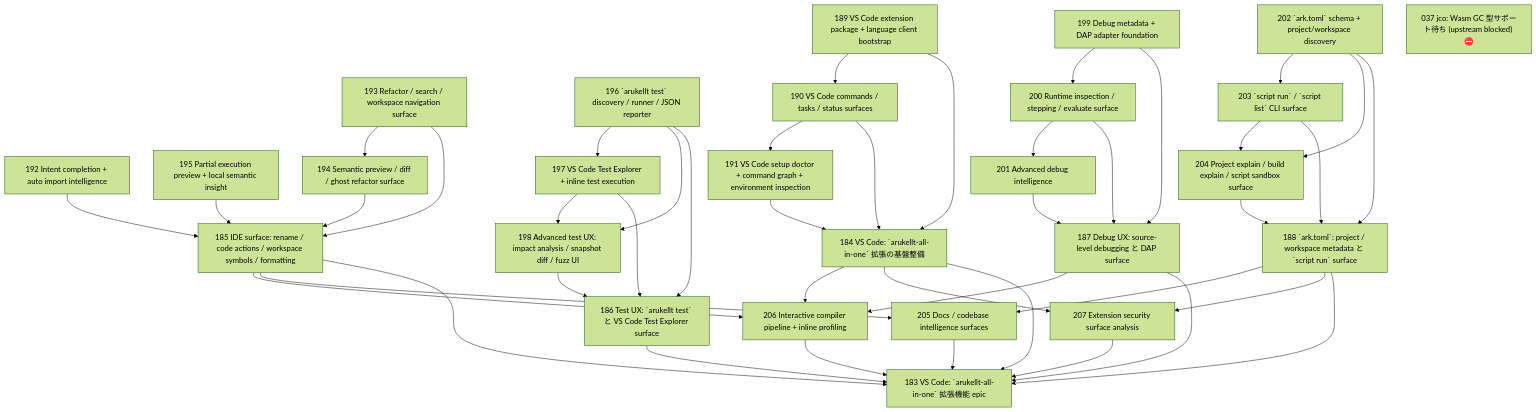
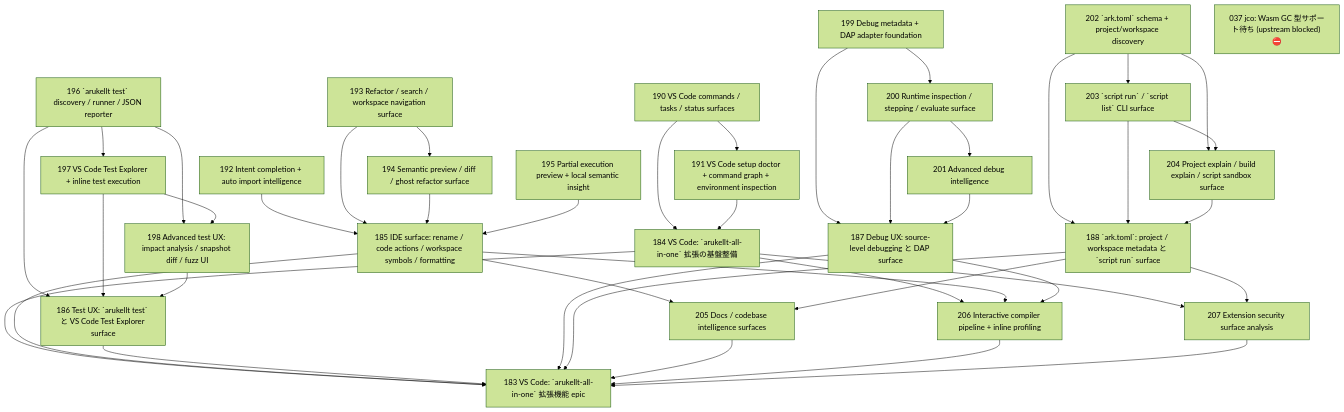
One commit to wogikaze/arukellt changed the diagram in issues/open/dependency-graph.md. Above: the diagram before and after it, drawn with Mermaid (forest theme). The commit also changed other lines of this file and 11 other files, not shown here.

First line of the commit message:
feat(189): add VS Code extension bootstrap scaffold

````diff
--- a/issues/open/dependency-graph.md
+++ b/issues/open/dependency-graph.md
@@ -7,71 +7,68 @@
 ```mermaid
 graph TD
-  I189["189 VS Code extension package + language client bootstrap"]
+  I190["190 VS Code commands / tasks / status surfaces"]
   I192["192 Intent completion + auto import intelligence"]
   I193["193 Refactor / search / workspace navigation surface"]
   I195["195 Partial execution preview + local semantic insight"]
   I196["196 `arukellt test` discovery / runner / JSON reporter"]
   I199["199 Debug metadata + DAP adapter foundation"]
   I202["202 `ark.toml` schema + project/workspace discovery"]
-  I190["190 VS Code commands / tasks / status surfaces"]
+  I191["191 VS Code setup doctor + command graph + environment inspection"]
   I194["194 Semantic preview / diff / ghost refactor surface"]
   I197["197 VS Code Test Explorer + inline test execution"]
   I200["200 Runtime inspection / stepping / evaluate surface"]
   I203["203 `script run` / `script list` CLI surface"]
-  I191["191 VS Code setup doctor + command graph + environment inspection"]
+  I184["184 VS Code: `arukellt-all-in-one` 拡張の基盤整備"]
   I185["185 IDE surface: rename / code actions / workspace symbols / formatting"]
   I198["198 Advanced test UX: impact analysis / snapshot diff / fuzz UI"]
   I201["201 Advanced debug intelligence"]
   I204["204 Project explain / build explain / script sandbox surface"]
-  I184["184 VS Code: `arukellt-all-in-one` 拡張の基盤整備"]
   I186["186 Test UX: `arukellt test` と VS Code Test Explorer surface"]
   I187["187 Debug UX: source-level debugging と DAP surface"]
   I188["188 `ark.toml`: project / workspace metadata と `script run` surface"]
   I206["206 Interactive compiler pipeline + inline profiling"]
   I205["205 Docs / codebase intelligence surfaces"]
   I207["207 Extension security surface analysis"]
   I183["183 VS Code: `arukellt-all-in-one` 拡張機能 epic"]
   I037["037 jco: Wasm GC 型サポート待ち (upstream blocked) ⛔"]
-  I189 --> I190
+  I190 --> I191
   I193 --> I194
   I196 --> I197
   I199 --> I200
   I202 --> I203
-  I190 --> I191
+  I190 --> I184
+  I191 --> I184
   I192 --> I185
   I193 --> I185
   I194 --> I185
   I195 --> I185
   I196 --> I198
   I197 --> I198
   I200 --> I201
   I202 --> I204
   I203 --> I204
-  I189 --> I184
-  I190 --> I184
-  I191 --> I184
   I196 --> I186
   I197 --> I186
   I198 --> I186
   I199 --> I187
   I200 --> I187
   I201 --> I187
   I202 --> I188
   I203 --> I188
   I204 --> I188
   I184 --> I206
   I185 --> I206
   I187 --> I206
   I185 --> I205
   I188 --> I205
   I184 --> I207
   I188 --> I207
   I184 --> I183
   I185 --> I183
   I186 --> I183
   I187 --> I183
   I188 --> I183
   I205 --> I183
   I206 --> I183
   I207 --> I183
 ```
````
